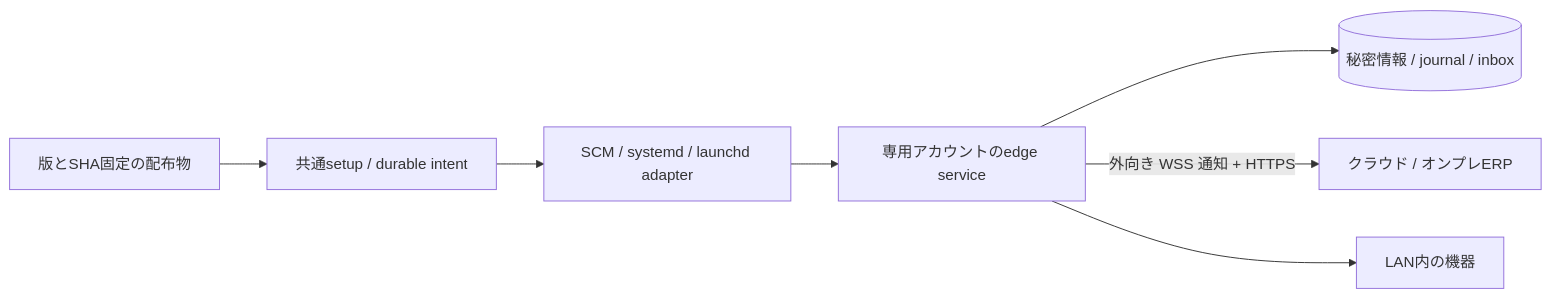
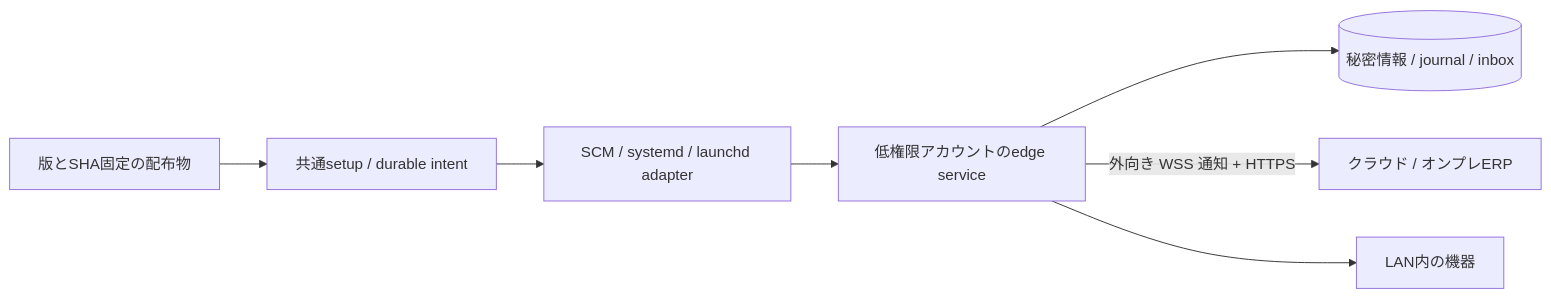
The diagram in docs/architecture/edge-services.md (adokoy001/DaifukuERP), drawn with Mermaid before and after one commit. The commit also changed other lines of this file and 14 other files, not shown here.

````diff
--- a/docs/architecture/edge-services.md
+++ b/docs/architecture/edge-services.md
@@ -9,9 +9,9 @@
 ```mermaid
 flowchart LR
   Package[版とSHA固定の配布物] --> Setup[共通setup / durable intent]
   Setup --> Adapter[SCM / systemd / launchd adapter]
-  Adapter --> Agent[専用アカウントのedge service]
+  Adapter --> Agent[低権限アカウントのedge service]
   Agent --> State[(秘密情報 / journal / inbox)]
   Agent -->|外向き WSS 通知 + HTTPS| ERP[クラウド / オンプレERP]
   Agent --> Device[LAN内の機器]
 ```
````
